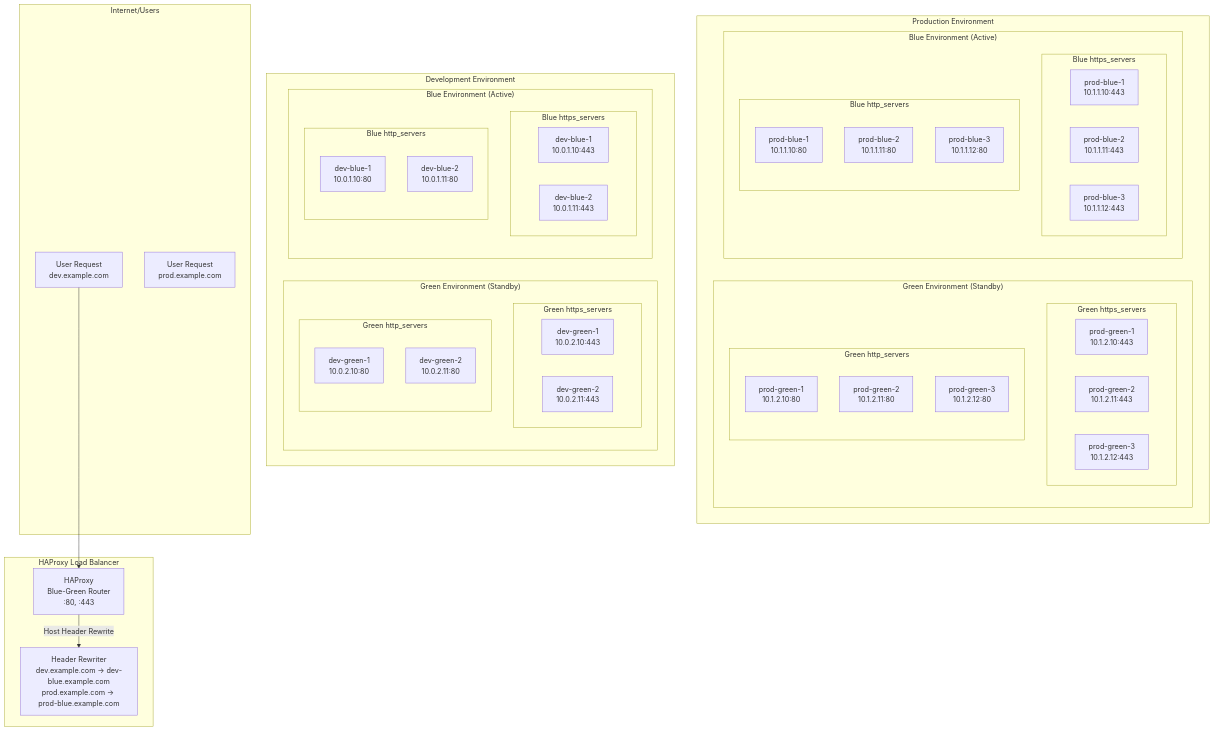
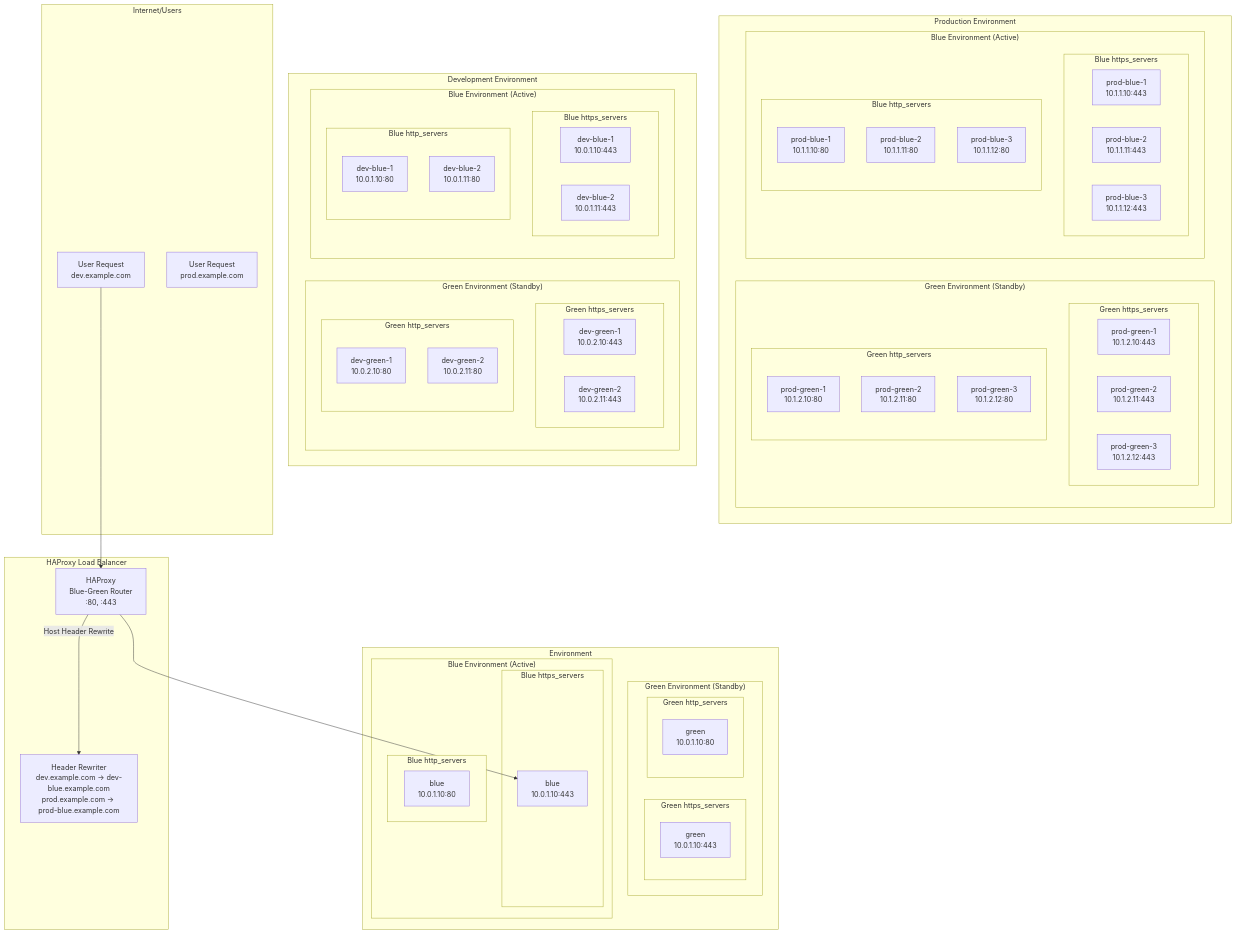
The diagram in HAPROXY-BLUE-GREEN-README.md (cadjai/ocp4-cluster-workload-migration), drawn with Mermaid before and after one commit.

Commit message:
edit diagram

````diff
--- a/HAPROXY-BLUE-GREEN-README.md
+++ b/HAPROXY-BLUE-GREEN-README.md
@@ -26,62 +26,81 @@
 ```mermaid
 graph TB
     subgraph "Production Environment"
         subgraph "Green Environment (Standby)"
             subgraph "Green https_servers"
                 PG4[prod-green-1<br/>10.1.2.10:443]
                 PG5[prod-green-2<br/>10.1.2.11:443]
                 PG6[prod-green-3<br/>10.1.2.12:443]
             end
             subgraph "Green http_servers"
                 PG1[prod-green-1<br/>10.1.2.10:80]
                 PG2[prod-green-2<br/>10.1.2.11:80]
                 PG3[prod-green-3<br/>10.1.2.12:80]
             end
         end
         subgraph "Blue Environment (Active)"
             subgraph "Blue https_servers"
                 PB4[prod-blue-1<br/>10.1.1.10:443]
                 PB5[prod-blue-2<br/>10.1.1.11:443]
                 PB6[prod-blue-3<br/>10.1.1.12:443]
             end
             subgraph "Blue http_servers"
                 PB1[prod-blue-1<br/>10.1.1.10:80]
                 PB2[prod-blue-2<br/>10.1.1.11:80]
                 PB3[prod-blue-3<br/>10.1.1.12:80]
             end
         end
     end
 
     subgraph "Development Environment"
         subgraph "Green Environment (Standby)"
             subgraph "Green https_servers"
                 DG3[dev-green-1<br/>10.0.2.10:443]
                 DG4[dev-green-2<br/>10.0.2.11:443]
             end
             subgraph "Green http_servers"
                 DG1[dev-green-1<br/>10.0.2.10:80]
                 DG2[dev-green-2<br/>10.0.2.11:80]
             end
         end
         subgraph "Blue Environment (Active)"
             subgraph "Blue https_servers"
                 DB3[dev-blue-1<br/>10.0.1.10:443]
                 DB4[dev-blue-2<br/>10.0.1.11:443]
             end
             subgraph "Blue http_servers"
                 DB1[dev-blue-1<br/>10.0.1.10:80]
                 DB2[dev-blue-2<br/>10.0.1.11:80]
             end
         end
     end
     
+    subgraph "Environment"
+        subgraph "Green Environment (Standby)"
+            subgraph "Green https_servers"
+                E1[green<br/>10.0.1.10:443]
+            end
+            subgraph "Green http_servers"
+                E2[green<br/>10.0.1.10:80]
+            end
+        end
+        subgraph "Blue Environment (Active)"
+            subgraph "Blue https_servers"
+                E3[blue<br/>10.0.1.10:443]
+            end
+            subgraph "Blue http_servers"
+                E4[blue<br/>10.0.1.10:80]
+            end
+        end
+    end
+
     subgraph "HAProxy Load Balancer"
-        H[HAProxy<br/>Blue-Green Router<br/>:80, :443]
+        H[HAProxy<br/>Blue-Green Router<br/>:80, :443] --> E3
         H --> |"Host Header Rewrite"| HR[Header Rewriter<br/>dev.example.com → dev-blue.example.com<br/>prod.example.com → prod-blue.example.com]
     end
     
     subgraph "Internet/Users"
         U1[User Request<br/>dev.example.com] --> H
         U2[User Request<br/>prod.example.com]
     end
 ```
````
